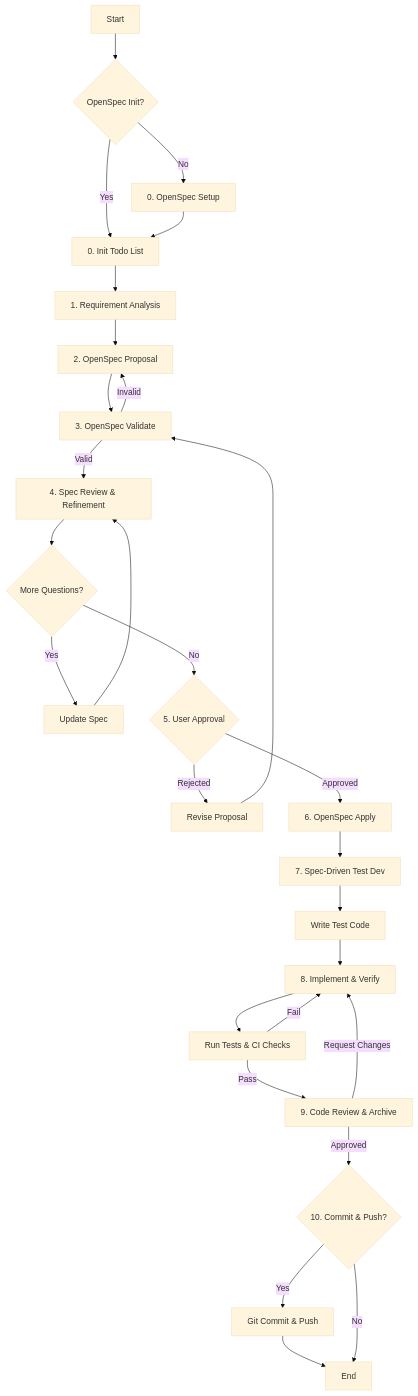
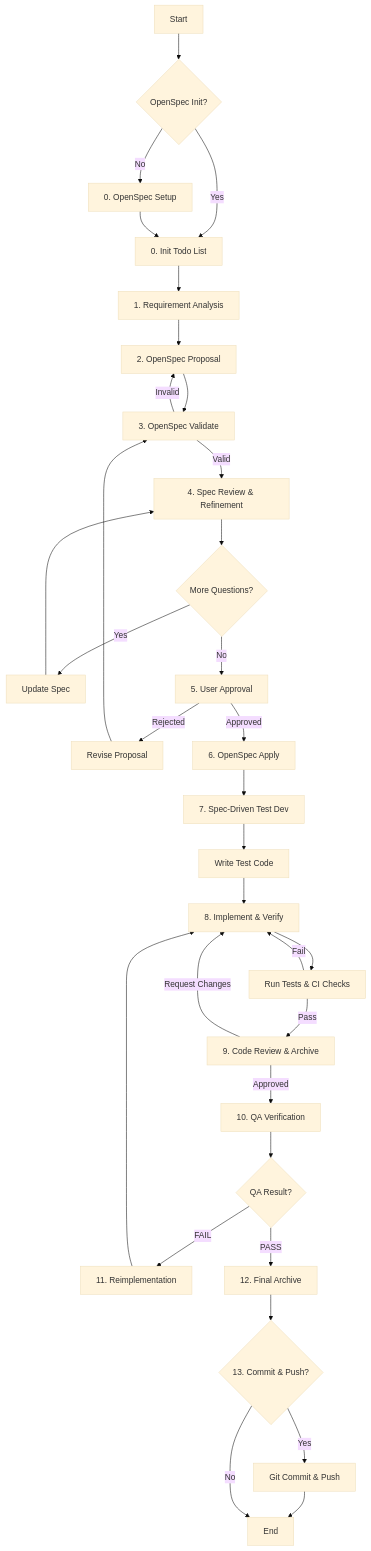
Before and after one commit to ksm0709/dotfiles: the diagram in opencode/config/agent/pm.md, drawn with Mermaid (base theme). The commit also changed other lines of this file and 1 other file, not shown here.

First line of the commit message:
feat(pm): add qa verification step as final gate for project completion

````diff
--- a/opencode/config/agent/pm.md
+++ b/opencode/config/agent/pm.md
@@ -41,30 +42,35 @@
 ```mermaid
 graph TD
     Start[Start] --> InitCheck{OpenSpec Init?}
     InitCheck -- No --> Setup[0. OpenSpec Setup]
     InitCheck -- Yes --> Init[0. Init Todo List]
     Setup --> Init
     Init --> Analysis[1. Requirement Analysis]
     Analysis --> Proposal[2. OpenSpec Proposal]
     Proposal --> Validate[3. OpenSpec Validate]
     Validate -- Invalid --> Proposal
     Validate -- Valid --> Review[4. Spec Review & Refinement]
     Review --> MoreQuestions{More Questions?}
     MoreQuestions -- Yes --> UpdateSpec[Update Spec]
     UpdateSpec --> Review
-    MoreQuestions -- No --> Approval{5. User Approval}
+    MoreQuestions -- No --> Approval[5. User Approval]
     Approval -- Rejected --> Revise[Revise Proposal]
     Revise --> Validate
     Approval -- Approved --> Apply[6. OpenSpec Apply]
     Apply --> TestPlan[7. Spec-Driven Test Dev]
     TestPlan --> TestCode[Write Test Code]
     TestCode --> Implement[8. Implement & Verify]
     Implement --> Verify[Run Tests & CI Checks]
     Verify -- Fail --> Implement
     Verify -- Pass --> CodeReview[9. Code Review & Archive]
     CodeReview -- Request Changes --> Implement
-    CodeReview -- Approved --> CommitCheck{10. Commit & Push?}
+    CodeReview -- Approved --> QA[10. QA Verification]
+    QA --> QAResult{QA Result?}
+    QAResult -- FAIL --> Reimplement[11. Reimplementation]
+    QAResult -- PASS --> FinalArchive[12. Final Archive]
+    Reimplement --> Implement
+    FinalArchive --> CommitCheck{13. Commit & Push?}
     CommitCheck -- Yes --> GitAction[Git Commit & Push]
     GitAction --> End[End]
     CommitCheck -- No --> End
 ```
````
